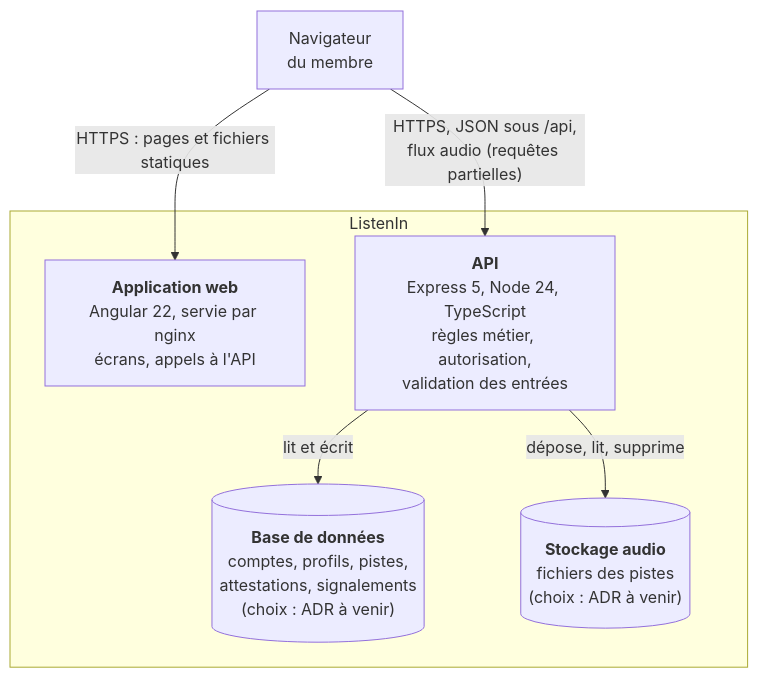
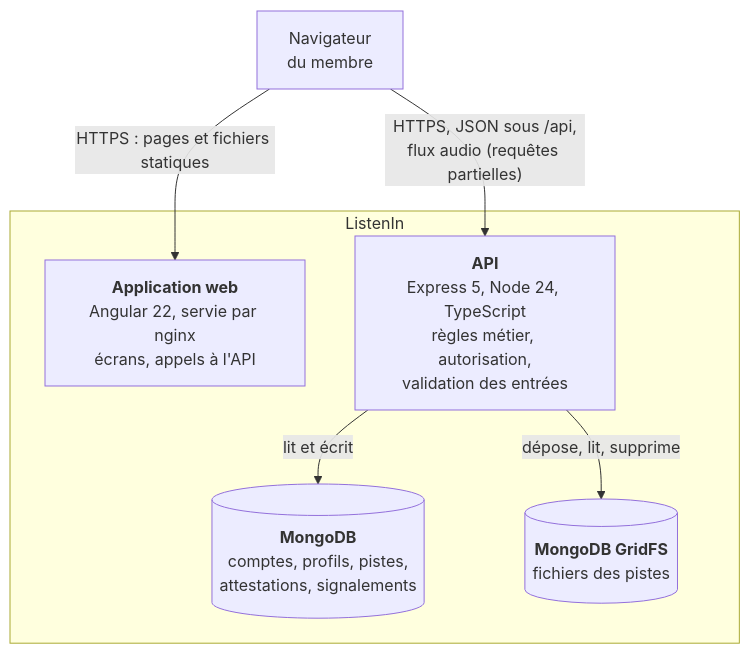
Before and after one commit to abdellahjebar/listenin: the second of 2 diagrams in docs/ARCHITECTURE.md, drawn with Mermaid. The commit also changed other lines of this file and 5 other files, not shown here.

First line of the commit message:
docs: ADR 0005, MongoDB seul pour les données et les fichiers audio (#27)

````diff
--- a/docs/ARCHITECTURE.md
+++ b/docs/ARCHITECTURE.md
@@ -36,16 +36,16 @@
 ```mermaid
 flowchart TB
     U["Navigateur<br/>du membre"]
 
     subgraph LI["ListenIn"]
         W["<b>Application web</b><br/>Angular 22, servie par nginx<br/>écrans, appels à l'API"]
         A["<b>API</b><br/>Express 5, Node 24, TypeScript<br/>règles métier, autorisation,<br/>validation des entrées"]
-        D[("<b>Base de données</b><br/>comptes, profils, pistes,<br/>attestations, signalements<br/>(choix : ADR à venir)")]
-        S[("<b>Stockage audio</b><br/>fichiers des pistes<br/>(choix : ADR à venir)")]
+        D[("<b>MongoDB</b><br/>comptes, profils, pistes,<br/>attestations, signalements")]
+        S[("<b>MongoDB GridFS</b><br/>fichiers des pistes")]
     end
 
     U -- "HTTPS : pages et fichiers statiques" --> W
     U -- "HTTPS, JSON sous /api,<br/>flux audio (requêtes partielles)" --> A
     A -- "lit et écrit" --> D
     A -- "dépose, lit, supprime" --> S
 ```
````
